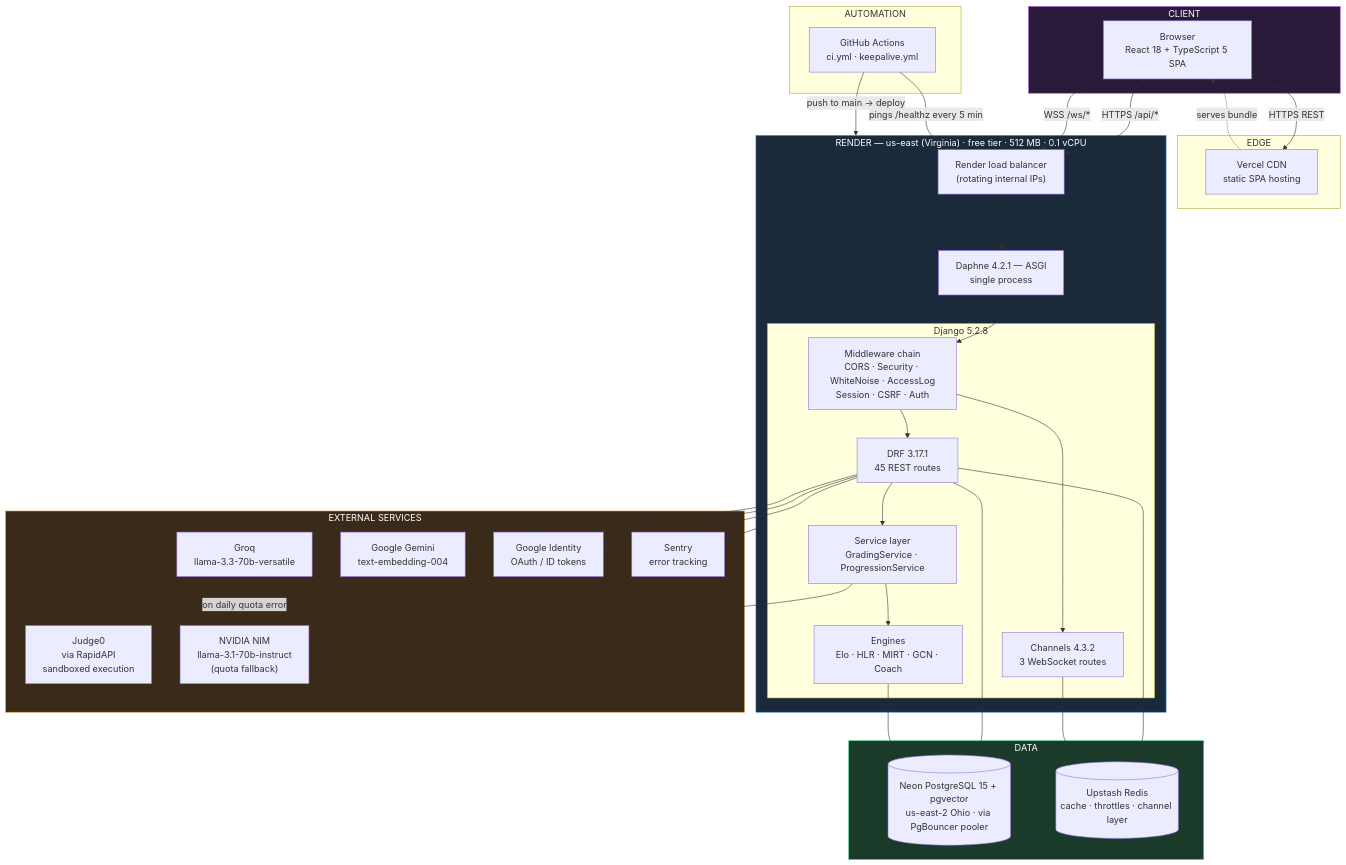
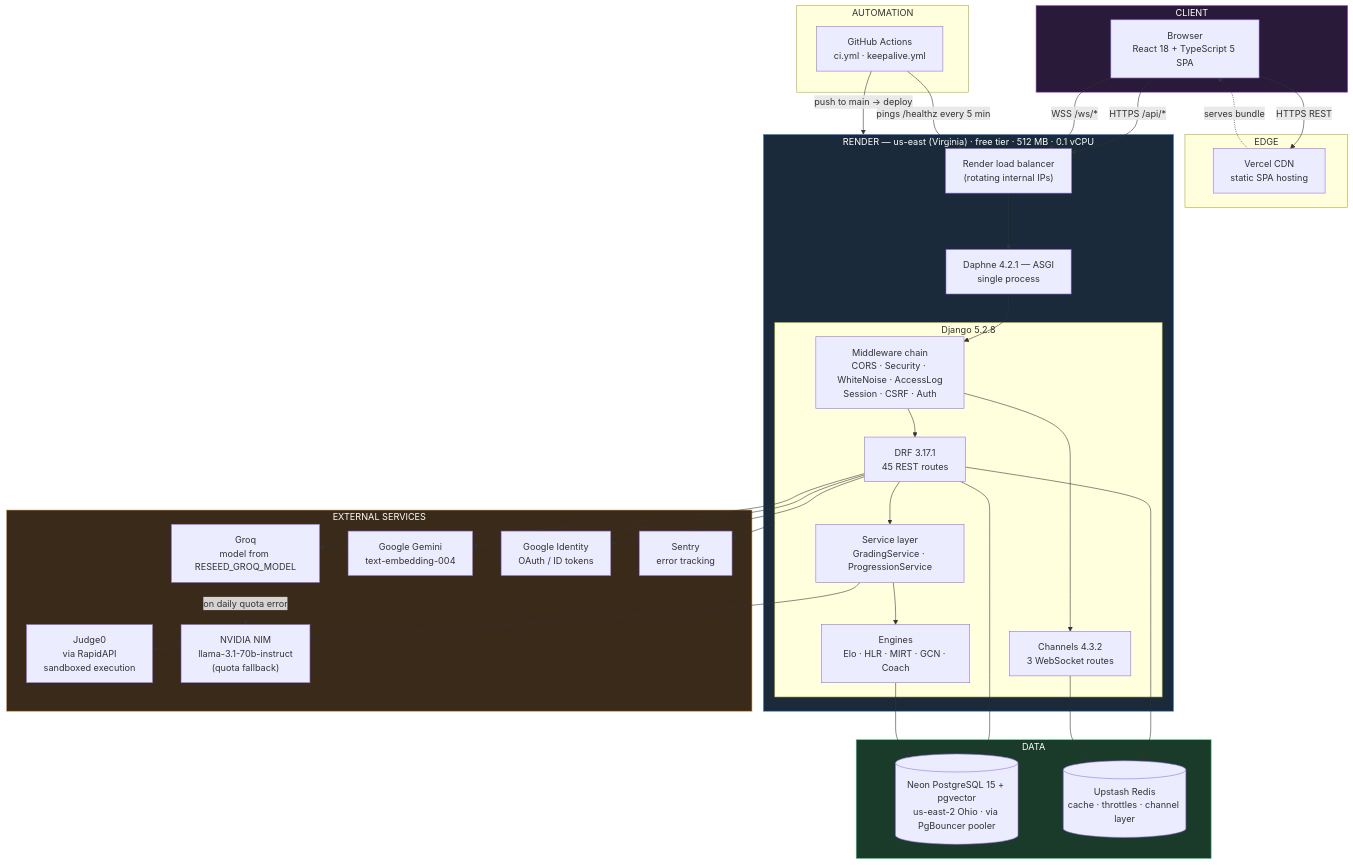
The first of 11 diagrams in docs/01_SYSTEM_ARCHITECTURE.md (Kurapati-Sai-Suhas/SparkLM), drawn with Mermaid before and after one commit. The commit also changed other lines of this file and 5 other files, not shown here.

````diff
--- a/docs/01_SYSTEM_ARCHITECTURE.md
+++ b/docs/01_SYSTEM_ARCHITECTURE.md
@@ -86,68 +86,68 @@
 ```mermaid
 graph TB
     subgraph client["CLIENT"]
         Browser["Browser<br/>React 18 + TypeScript 5 SPA"]
     end
 
     subgraph edge["EDGE"]
         Vercel["Vercel CDN<br/>static SPA hosting"]
     end
 
     subgraph render["RENDER — us-east (Virginia) · free tier · 512 MB · 0.1 vCPU"]
         LB["Render load balancer<br/>(rotating internal IPs)"]
         Daphne["Daphne 4.2.1 — ASGI<br/>single process"]
 
         subgraph django["Django 5.2.8"]
             MW["Middleware chain<br/>CORS · Security · WhiteNoise · AccessLog<br/>Session · CSRF · Auth"]
             DRF["DRF 3.17.1<br/>45 REST routes"]
             CH["Channels 4.3.2<br/>3 WebSocket routes"]
             SVC["Service layer<br/>GradingService · ProgressionService"]
             ENG["Engines<br/>Elo · HLR · MIRT · GCN · Coach"]
         end
     end
 
     subgraph data["DATA"]
         Neon[("Neon PostgreSQL 15 + pgvector<br/>us-east-2 Ohio · via PgBouncer pooler")]
         Redis[("Upstash Redis<br/>cache · throttles · channel layer")]
     end
 
     subgraph ext["EXTERNAL SERVICES"]
         Judge0["Judge0<br/>via RapidAPI<br/>sandboxed execution"]
-        Groq["Groq<br/>llama-3.3-70b-versatile"]
+        Groq["Groq<br/>model from RESEED_GROQ_MODEL"]
         NIM["NVIDIA NIM<br/>llama-3.1-70b-instruct<br/>(quota fallback)"]
         Gemini["Google Gemini<br/>text-embedding-004"]
         GAuth["Google Identity<br/>OAuth / ID tokens"]
         Sentry["Sentry<br/>error tracking"]
     end
 
     subgraph ci["AUTOMATION"]
         GHA["GitHub Actions<br/>ci.yml · keepalive.yml"]
     end
 
     Browser -->|"HTTPS REST"| Vercel
     Browser -->|"HTTPS /api/*"| LB
     Browser -->|"WSS /ws/*"| LB
     Vercel -.->|"serves bundle"| Browser
 
     LB --> Daphne --> MW --> DRF --> SVC --> ENG
     MW --> CH
 
     DRF --> Neon
     DRF --> Redis
     CH --> Redis
     SVC --> Judge0
     ENG --> Neon
     DRF --> Groq
     Groq -.->|"on daily quota error"| NIM
     DRF --> Gemini
     DRF --> GAuth
     django --> Sentry
 
     GHA -->|"pings /healthz every 5 min"| LB
     GHA -->|"push to main → deploy"| render
 
     style render fill:#1a2a3a,stroke:#4a90d9,color:#fff
     style data fill:#1a3a2a,stroke:#4ad98a,color:#fff
     style ext fill:#3a2a1a,stroke:#d9a04a,color:#fff
     style client fill:#2a1a3a,stroke:#a04ad9,color:#fff
 ```
````
